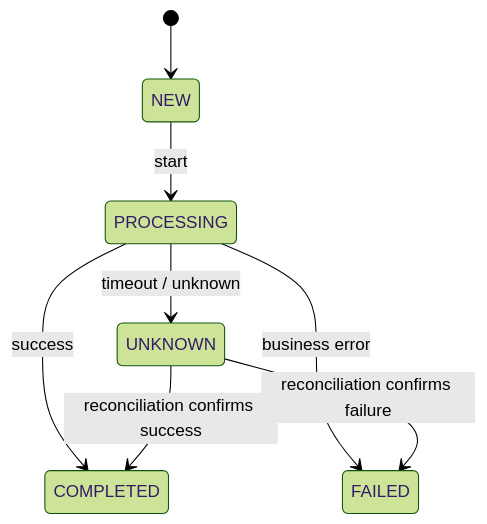
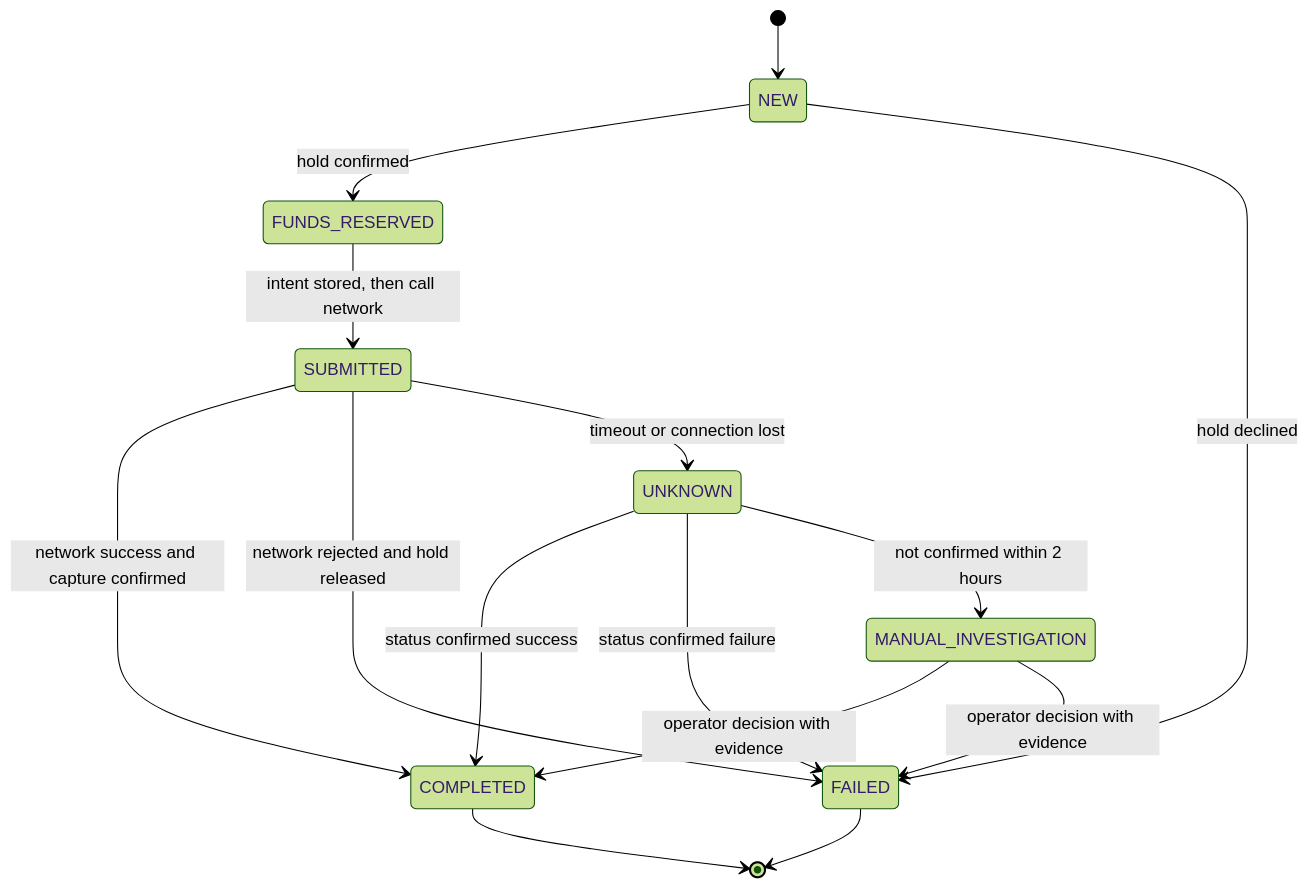
The second of 2 diagrams in 01-payment-transfer-architecture/README.md (konstantin-kuzovkin/architecture-portfolio), drawn with Mermaid (forest theme) before and after one commit. The commit also changed other lines of this file, not shown here.

````diff
--- a/01-payment-transfer-architecture/README.md
+++ b/01-payment-transfer-architecture/README.md
@@ -213,10 +59,17 @@
 ```mermaid
 stateDiagram-v2
     [*] --> NEW
-    NEW --> PROCESSING: start
-    PROCESSING --> COMPLETED: success
-    PROCESSING --> FAILED: business error
-    PROCESSING --> UNKNOWN: timeout / unknown
-    UNKNOWN --> COMPLETED: reconciliation confirms success
-    UNKNOWN --> FAILED: reconciliation confirms failure
+    NEW --> FUNDS_RESERVED: hold confirmed
+    NEW --> FAILED: hold declined
+    FUNDS_RESERVED --> SUBMITTED: intent stored, then call network
+    SUBMITTED --> COMPLETED: network success and capture confirmed
+    SUBMITTED --> FAILED: network rejected and hold released
+    SUBMITTED --> UNKNOWN: timeout or connection lost
+    UNKNOWN --> COMPLETED: status confirmed success
+    UNKNOWN --> FAILED: status confirmed failure
+    UNKNOWN --> MANUAL_INVESTIGATION: not confirmed within 2 hours
+    MANUAL_INVESTIGATION --> COMPLETED: operator decision with evidence
+    MANUAL_INVESTIGATION --> FAILED: operator decision with evidence
+    COMPLETED --> [*]
+    FAILED --> [*]
 ```
````
